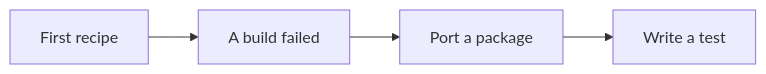
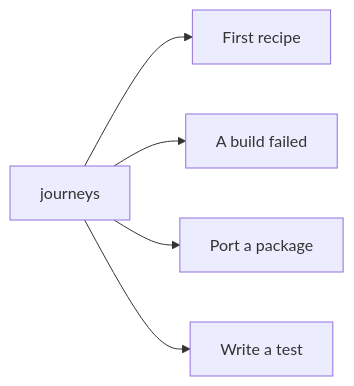
The diagram in source/_static/diagrams/journeys.mmd (HaoZeke/what-easybuild-is-doing), drawn with Mermaid before and after one commit. The commit also changed 7 other files, not shown here.

```diff
--- a/source/_static/diagrams/journeys.mmd
+++ b/source/_static/diagrams/journeys.mmd
@@ -1,4 +1,5 @@
 flowchart LR
-  first[First recipe] --> failed[A build failed]
-  failed --> port[Port a package]
-  port --> test[Write a test]
+  start[journeys] --> first[First recipe]
+  start --> failed[A build failed]
+  start --> port[Port a package]
+  start --> test[Write a test]
```
